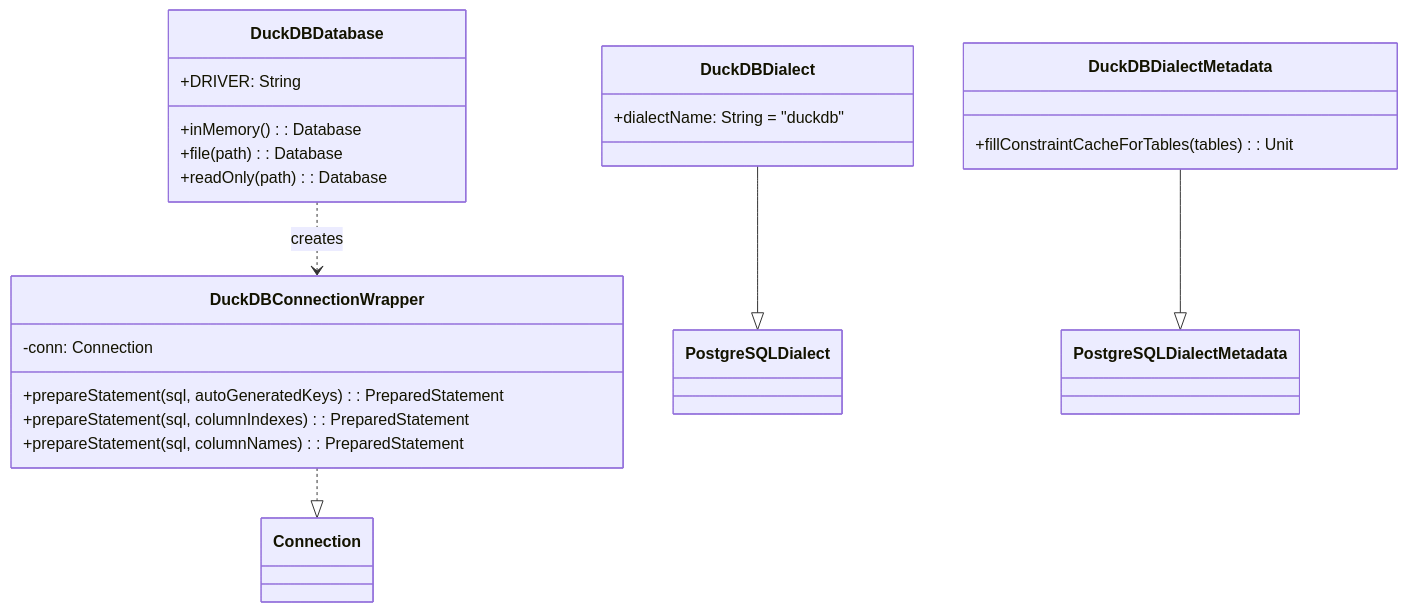
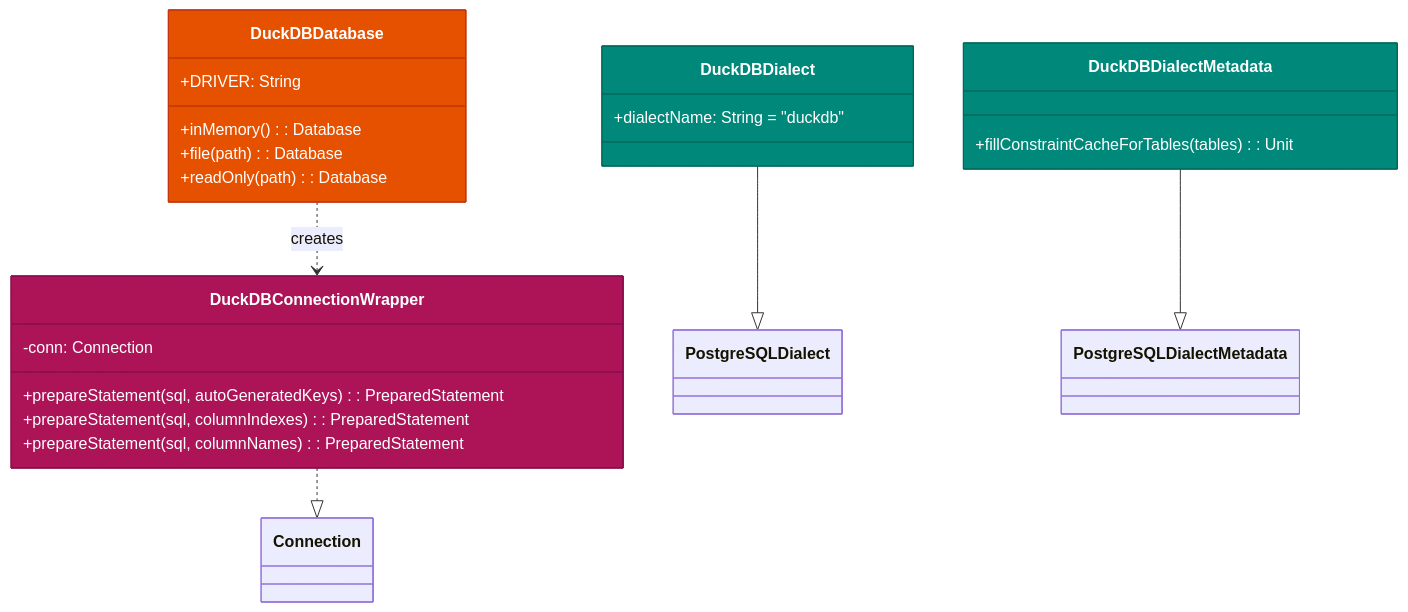
One commit to bluetape4k/bluetape4k-projects changed the first of 2 diagrams in data/exposed-duckdb/README.ko.md. Above: the diagram before and after it, drawn with Mermaid. The commit also changed other lines of this file and 221 other files, not shown here.

First line of the commit message:
docs: 전체 모듈 README UML 다이어그램 보강 및 색상 업그레이드

````diff
--- a/data/exposed-duckdb/README.ko.md
+++ b/data/exposed-duckdb/README.ko.md
@@ -104,26 +104,31 @@
 ```mermaid
 classDiagram
     class DuckDBDatabase {
         +DRIVER: String
         +inMemory(): Database
         +file(path): Database
         +readOnly(path): Database
     }
     class DuckDBConnectionWrapper {
         -conn: Connection
         +prepareStatement(sql, autoGeneratedKeys): PreparedStatement
         +prepareStatement(sql, columnIndexes): PreparedStatement
         +prepareStatement(sql, columnNames): PreparedStatement
     }
     class DuckDBDialect {
         +dialectName: String = "duckdb"
     }
     class DuckDBDialectMetadata {
         +fillConstraintCacheForTables(tables): Unit
     }
 
     DuckDBDialect --|> PostgreSQLDialect
     DuckDBDialectMetadata --|> PostgreSQLDialectMetadata
     DuckDBDatabase ..> DuckDBConnectionWrapper : creates
     DuckDBConnectionWrapper ..|> Connection
+
+    style DuckDBDatabase fill:#E65100,stroke:#BF360C,color:#FFFFFF
+    style DuckDBConnectionWrapper fill:#AD1457,stroke:#880E4F,color:#FFFFFF
+    style DuckDBDialect fill:#00897B,stroke:#00695C,color:#FFFFFF
+    style DuckDBDialectMetadata fill:#00897B,stroke:#00695C,color:#FFFFFF
 ```
````
